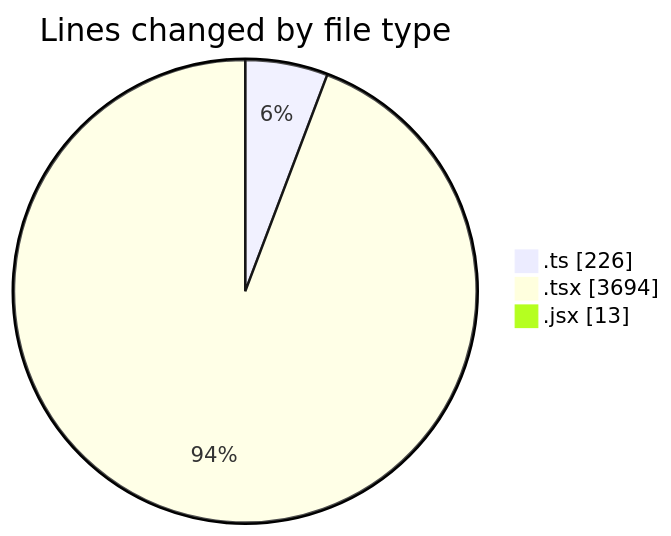
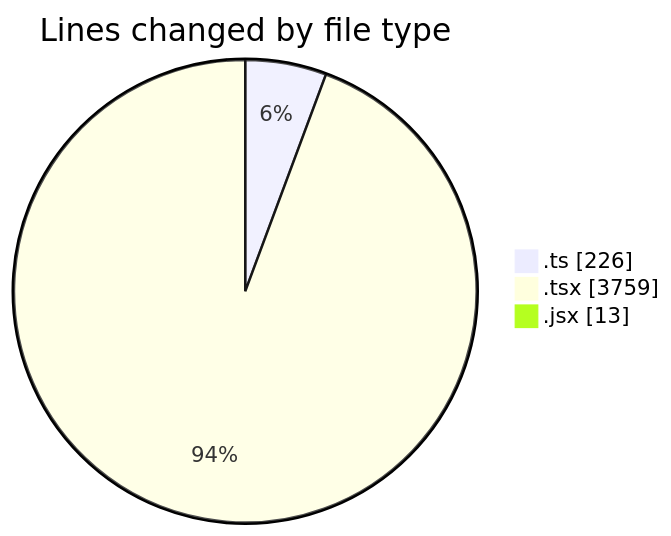
The first of 2 diagrams in 2025-12-02/cda/README.md (momahboobian/code-tracking), drawn with Mermaid before and after one commit. The commit also changed other lines of this file and 1 other file, not shown here.

````diff
--- a/2025-12-02/cda/README.md
+++ b/2025-12-02/cda/README.md
@@ -30,7 +30,7 @@
 ```mermaid
 pie showData
 title Lines changed by file type
 ".ts" : 226
-".tsx" : 3694
+".tsx" : 3759
 ".jsx" : 13
 ```
````
